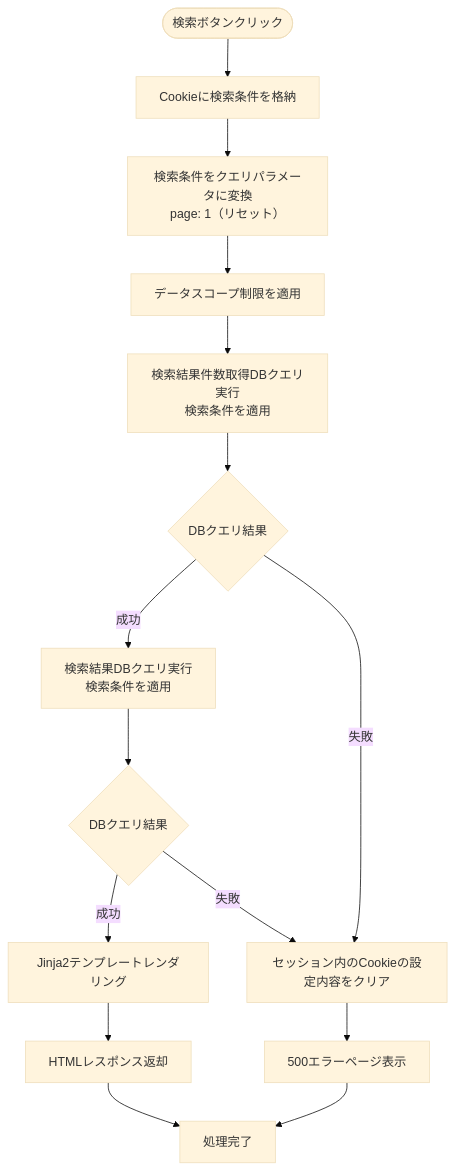
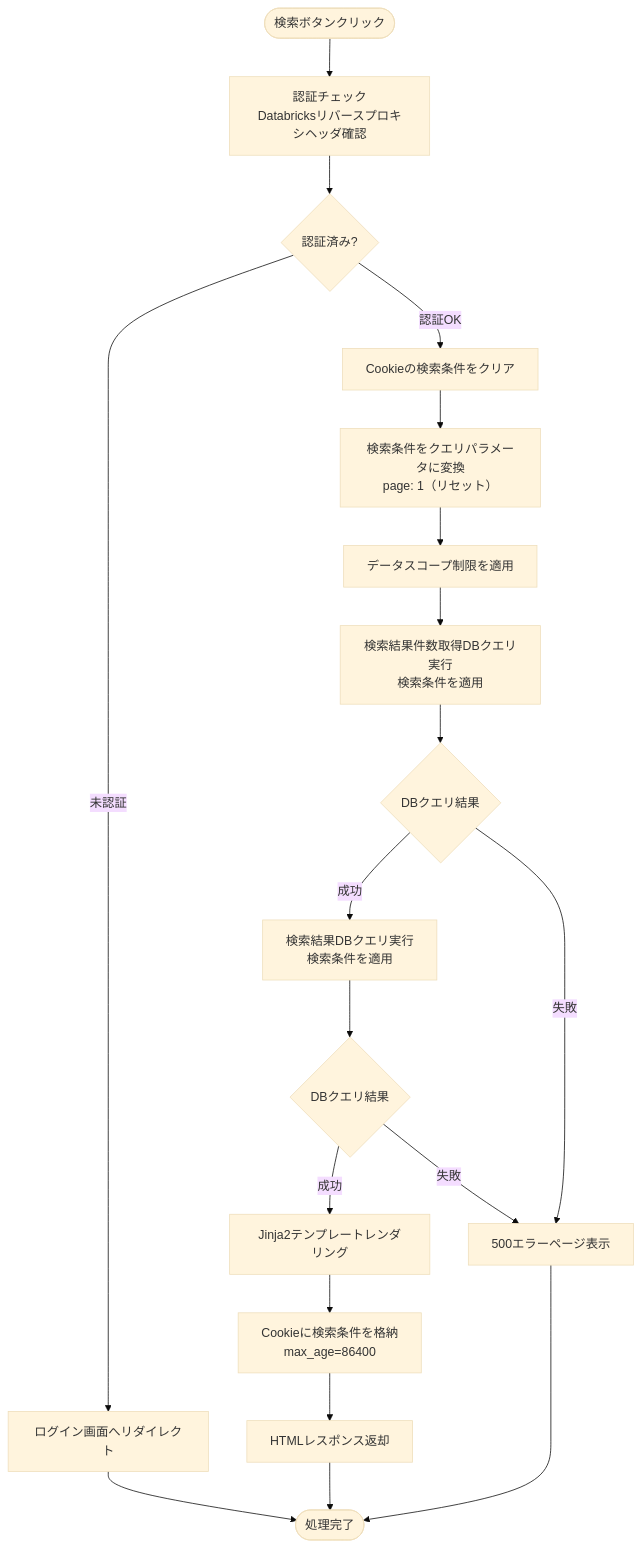
The second of 8 diagrams in docs/03-features/flask-app/devices/workflow-specification.md (NSW-SVCP-AIWG002/Databricks-IoT), drawn with Mermaid (base theme) before and after one commit. The commit also changed other lines of this file and 3 other files, not shown here.

````diff
--- a/docs/03-features/flask-app/devices/workflow-specification.md
+++ b/docs/03-features/flask-app/devices/workflow-specification.md
@@ -365,23 +460,27 @@
 ```mermaid
 flowchart TD
-    Start([検索ボタンクリック]) --> PutParams[Cookieに検索条件を格納]
-    PutParams --> Convert[検索条件をクエリパラメータに変換<br>page: 1（リセット）]
+    Start([検索ボタンクリック]) --> Auth[認証チェック<br>Databricksリバースプロキシヘッダ確認]
+    Auth --> CheckAuth{認証済み?}
+    CheckAuth -->|未認証| LoginRedirect[ログイン画面へリダイレクト]
+    CheckAuth -->|認証OK| ClearCookie[Cookieの検索条件をクリア]
+
+    ClearCookie --> Convert[検索条件をクエリパラメータに変換<br>page: 1（リセット）]
     Convert --> Scope[データスコープ制限を適用]
     Scope -->  Count[検索結果件数取得DBクエリ実行<br>検索条件を適用]
     Count --> CheckDB0{DBクエリ結果}
 
-    CheckDB0 -->|成功|Query[検索結果DBクエリ実行<br>検索条件を適用]
-    CheckDB0 -->|失敗| ClearParams[セッション内のCookieの設定内容をクリア]
-    
-    ClearParams --> Error500[500エラーページ表示]
+    CheckDB0 -->|成功| Query[検索結果DBクエリ実行<br>検索条件を適用]
+    CheckDB0 -->|失敗| Error500[500エラーページ表示]
 
     Query --> CheckDB{DBクエリ結果}
 
     CheckDB -->|成功| Template[Jinja2テンプレートレンダリング]
-    Template --> Response[HTMLレスポンス返却]
+    Template --> PutParams[Cookieに検索条件を格納<br>max_age=86400]
+    PutParams --> Response[HTMLレスポンス返却]
 
-    CheckDB -->|失敗| ClearParams
+    CheckDB -->|失敗| Error500
 
-    Response --> 処理完了
-    Error500 --> 処理完了
+    LoginRedirect --> End([処理完了])
+    Response --> End
+    Error500 --> End
 ```
````
